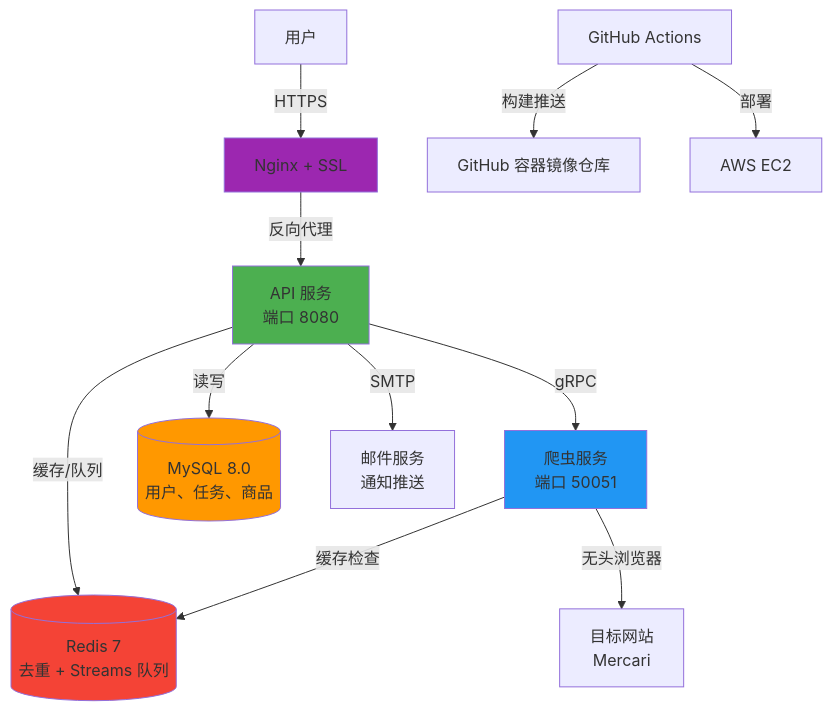
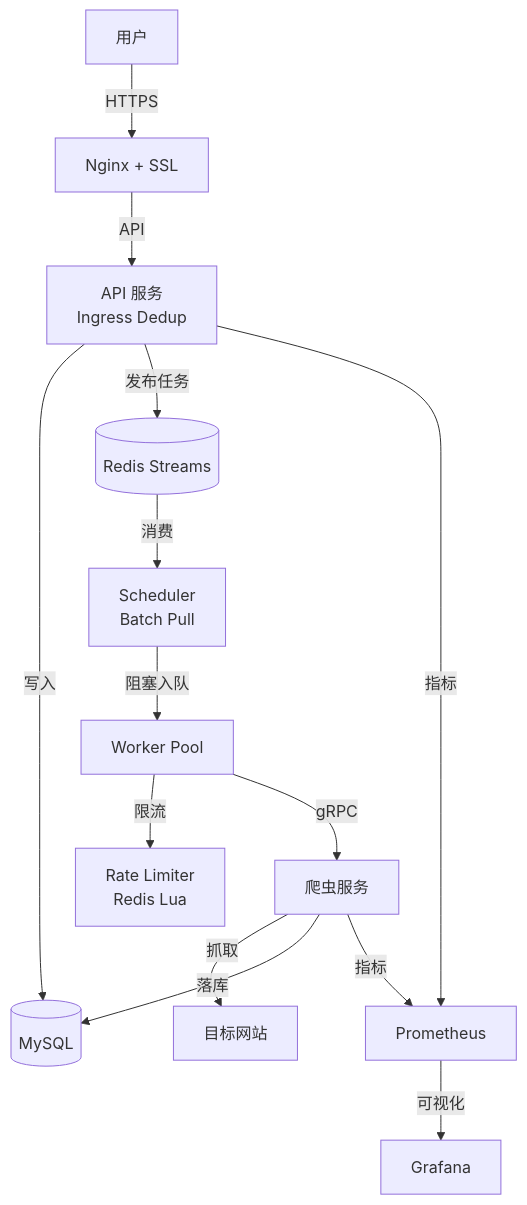
Before and after one commit to KahanaT800/GoodsHunter: the first of 2 diagrams in README.md, drawn with Mermaid. The commit also changed other lines of this file and 27 other files, not shown here.

````diff
--- a/README.md
+++ b/README.md
@@ -37,23 +43,16 @@
 ```mermaid
 graph TB
     User[用户] -->|HTTPS| Nginx[Nginx + SSL]
-    Nginx -->|反向代理| API[API 服务<br/>端口 8080]
-    
-    API -->|gRPC| Crawler[爬虫服务<br/>端口 50051]
-    API -->|读写| MySQL[(MySQL 8.0<br/>用户、任务、商品)]
-    API -->|缓存/队列| Redis[(Redis 7<br/>去重 + Streams 队列)]
-    
-    Crawler -->|缓存检查| Redis
-    Crawler -->|无头浏览器| Target[目标网站<br/>Mercari]
-    
-    API -->|SMTP| Email[邮件服务<br/>通知推送]
-    
-    CI[GitHub Actions] -->|构建推送| GHCR[GitHub 容器镜像仓库]
-    CI -->|部署| EC2[AWS EC2]
-    
-    style API fill:#4CAF50
-    style Crawler fill:#2196F3
-    style MySQL fill:#FF9800
-    style Redis fill:#F44336
-    style Nginx fill:#9C27B0
+    Nginx -->|API| API[API 服务<br/>Ingress Dedup]
+    API -->|写入| MySQL[(MySQL)]
+    API -->|发布任务| Stream[(Redis Streams)]
+    Stream -->|消费| Scheduler[Scheduler<br/>Batch Pull]
+    Scheduler -->|阻塞入队| Worker[Worker Pool]
+    Worker -->|限流| Limiter[Rate Limiter<br/>Redis Lua]
+    Worker -->|gRPC| Crawler[爬虫服务]
+    Crawler -->|抓取| Target[目标网站]
+    Crawler -->|落库| MySQL
+    API -->|指标| Prom[Prometheus]
+    Crawler -->|指标| Prom
+    Prom -->|可视化| Grafana[Grafana]
 ```
````
